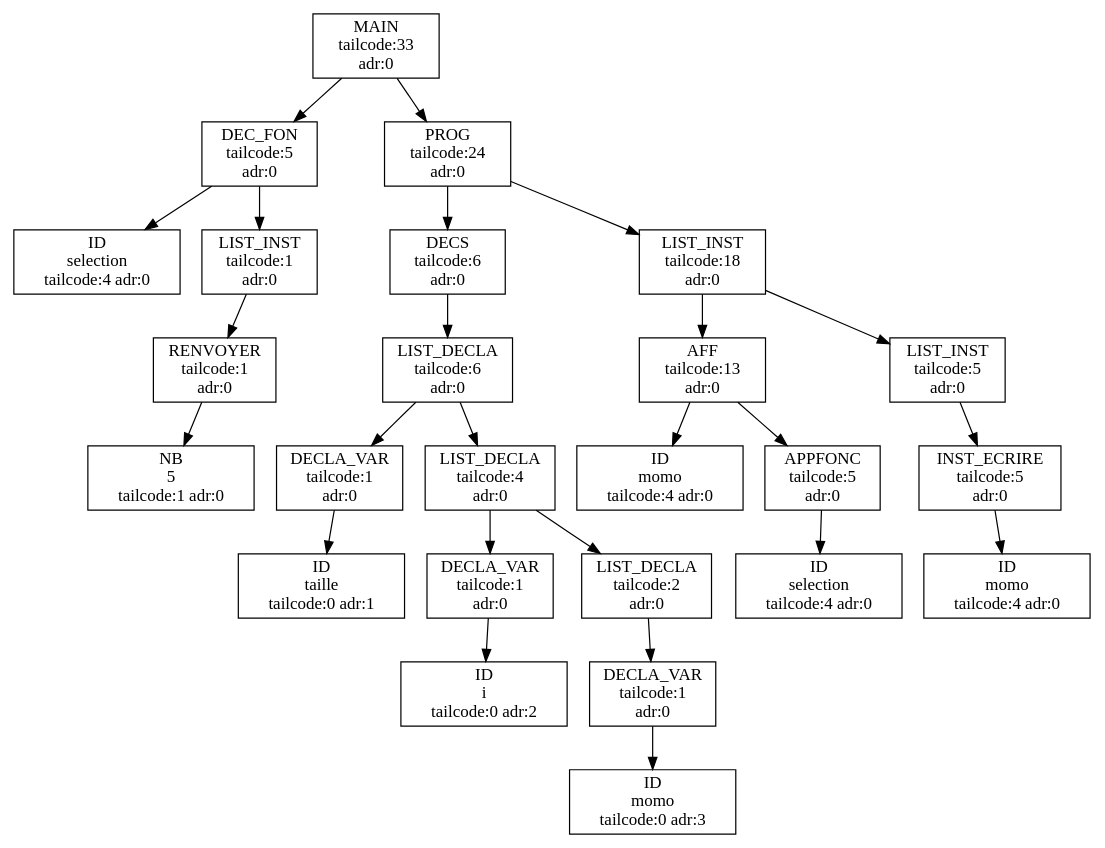
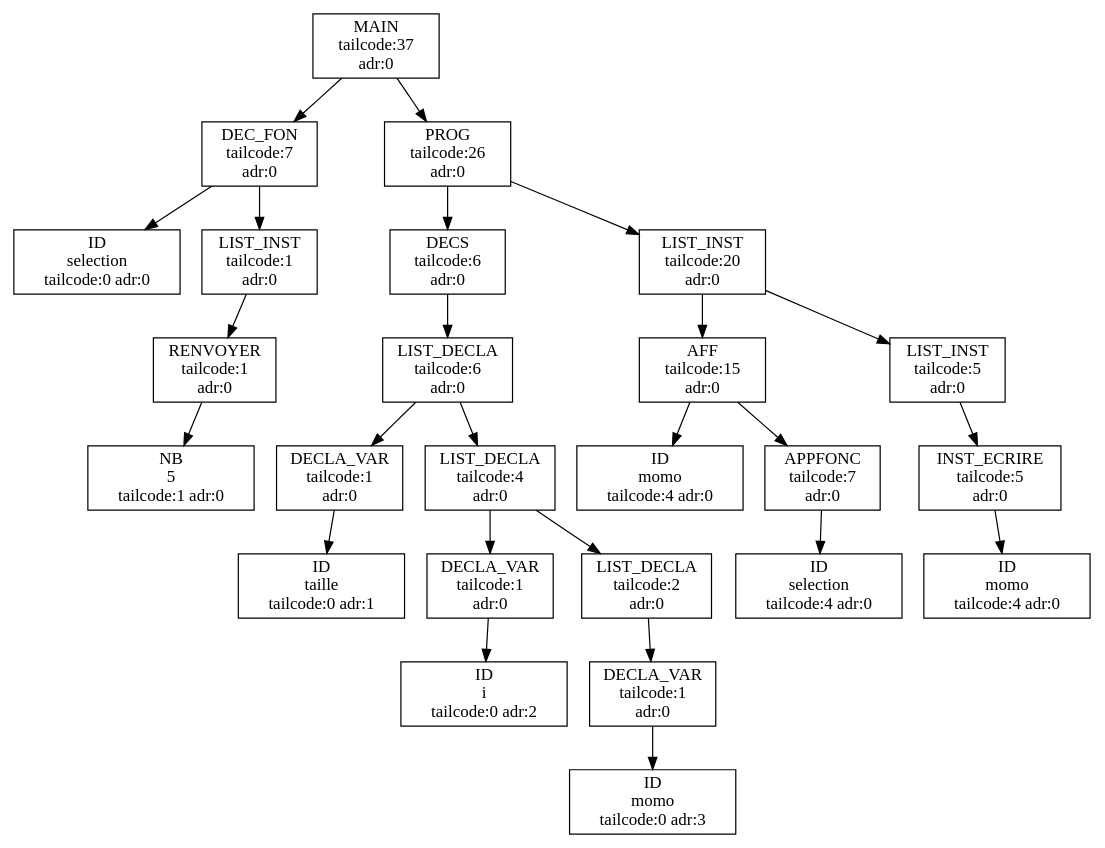
Before and after one commit to aswailem195/Projet-ARC--Algo-RAM-Compiler--20231213: the diagram in out/output.dot, drawn with Graphviz. The commit also changed 14 other files, not shown here.

```diff
--- a/out/output.dot
+++ b/out/output.dot
@@ -1,93 +1,93 @@
 digraph ASA {
-node0x559357de8cf0 [label="MAIN
- tailcode:33 
+node0x558425d9ccf0 [label="MAIN
+ tailcode:37 
  adr:0 \n", shape=box];
-node0x559357de8cf0 -> node0x559357de87b0;
-node0x559357de87b0 [label="DEC_FON
+node0x558425d9ccf0 -> node0x558425d9c7b0;
+node0x558425d9c7b0 [label="DEC_FON
+ tailcode:7 
+ adr:0 \n", shape=box];
+node0x558425d9c7b0 -> node0x558425d9c7f0;
+node0x558425d9c7f0 [label="ID\nselection
+ tailcode:0 adr:0 \n", shape=box];
+node0x558425d9c7b0 -> node0x558425d9c770;
+node0x558425d9c770 [label="LIST_INST
+ tailcode:1 
+ adr:0 \n", shape=box];
+node0x558425d9c770 -> node0x558425d9c730;
+node0x558425d9c730 [label="RENVOYER
+ tailcode:1 
+ adr:0 \n", shape=box];
+node0x558425d9c730 -> node0x558425d9c6f0;
+node0x558425d9c6f0 [label="NB\n5 
+ tailcode:1 adr:0 \n", shape=box];
+node0x558425d9ccf0 -> node0x558425d9ccb0;
+node0x558425d9ccb0 [label="PROG
+ tailcode:26 
+ adr:0 \n", shape=box];
+node0x558425d9ccb0 -> node0x558425d9ca70;
+node0x558425d9ca70 [label="DECS
+ tailcode:6 
+ adr:0 \n", shape=box];
+node0x558425d9ca70 -> node0x558425d9ca30;
+node0x558425d9ca30 [label="LIST_DECLA
+ tailcode:6 
+ adr:0 \n", shape=box];
+node0x558425d9ca30 -> node0x558425d9c830;
+node0x558425d9c830 [label="DECLA_VAR
+ tailcode:1 
+ adr:0 \n", shape=box];
+node0x558425d9c830 -> node0x558425d9c870;
+node0x558425d9c870 [label="ID\ntaille
+ tailcode:0 adr:1 \n", shape=box];
+node0x558425d9ca30 -> node0x558425d9c9f0;
+node0x558425d9c9f0 [label="LIST_DECLA
+ tailcode:4 
+ adr:0 \n", shape=box];
+node0x558425d9c9f0 -> node0x558425d9c8b0;
+node0x558425d9c8b0 [label="DECLA_VAR
+ tailcode:1 
+ adr:0 \n", shape=box];
+node0x558425d9c8b0 -> node0x558425d9c8f0;
+node0x558425d9c8f0 [label="ID\ni
+ tailcode:0 adr:2 \n", shape=box];
+node0x558425d9c9f0 -> node0x558425d9c9b0;
+node0x558425d9c9b0 [label="LIST_DECLA
+ tailcode:2 
+ adr:0 \n", shape=box];
+node0x558425d9c9b0 -> node0x558425d9c930;
+node0x558425d9c930 [label="DECLA_VAR
+ tailcode:1 
+ adr:0 \n", shape=box];
+node0x558425d9c930 -> node0x558425d9c970;
+node0x558425d9c970 [label="ID\nmomo
+ tailcode:0 adr:3 \n", shape=box];
+node0x558425d9ccb0 -> node0x558425d9cc70;
+node0x558425d9cc70 [label="LIST_INST
+ tailcode:20 
+ adr:0 \n", shape=box];
+node0x558425d9cc70 -> node0x558425d9cb30;
+node0x558425d9cb30 [label="AFF
+ tailcode:15 
+ adr:0 \n", shape=box];
+node0x558425d9cb30 -> node0x558425d9cb70;
+node0x558425d9cb70 [label="ID\nmomo
+ tailcode:4 adr:0 \n", shape=box];
+node0x558425d9cb30 -> node0x558425d9cab0;
+node0x558425d9cab0 [label="APPFONC
+ tailcode:7 
+ adr:0 \n", shape=box];
+node0x558425d9cab0 -> node0x558425d9caf0;
+node0x558425d9caf0 [label="ID\nselection
+ tailcode:4 adr:0 \n", shape=box];
+node0x558425d9cc70 -> node0x558425d9cc30;
+node0x558425d9cc30 [label="LIST_INST
  tailcode:5 
  adr:0 \n", shape=box];
-node0x559357de87b0 -> node0x559357de87f0;
-node0x559357de87f0 [label="ID\nselection
- tailcode:4 adr:0 \n", shape=box];
-node0x559357de87b0 -> node0x559357de8770;
-node0x559357de8770 [label="LIST_INST
- tailcode:1 
- adr:0 \n", shape=box];
-node0x559357de8770 -> node0x559357de8730;
-node0x559357de8730 [label="RENVOYER
- tailcode:1 
- adr:0 \n", shape=box];
-node0x559357de8730 -> node0x559357de86f0;
-node0x559357de86f0 [label="NB\n5 
- tailcode:1 adr:0 \n", shape=box];
-node0x559357de8cf0 -> node0x559357de8cb0;
-node0x559357de8cb0 [label="PROG
- tailcode:24 
- adr:0 \n", shape=box];
-node0x559357de8cb0 -> node0x559357de8a70;
-node0x559357de8a70 [label="DECS
- tailcode:6 
- adr:0 \n", shape=box];
-node0x559357de8a70 -> node0x559357de8a30;
-node0x559357de8a30 [label="LIST_DECLA
- tailcode:6 
- adr:0 \n", shape=box];
-node0x559357de8a30 -> node0x559357de8830;
-node0x559357de8830 [label="DECLA_VAR
- tailcode:1 
- adr:0 \n", shape=box];
-node0x559357de8830 -> node0x559357de8870;
-node0x559357de8870 [label="ID\ntaille
- tailcode:0 adr:1 \n", shape=box];
-node0x559357de8a30 -> node0x559357de89f0;
-node0x559357de89f0 [label="LIST_DECLA
- tailcode:4 
- adr:0 \n", shape=box];
-node0x559357de89f0 -> node0x559357de88b0;
-node0x559357de88b0 [label="DECLA_VAR
- tailcode:1 
- adr:0 \n", shape=box];
-node0x559357de88b0 -> node0x559357de88f0;
-node0x559357de88f0 [label="ID\ni
- tailcode:0 adr:2 \n", shape=box];
-node0x559357de89f0 -> node0x559357de89b0;
-node0x559357de89b0 [label="LIST_DECLA
- tailcode:2 
- adr:0 \n", shape=box];
-node0x559357de89b0 -> node0x559357de8930;
-node0x559357de8930 [label="DECLA_VAR
- tailcode:1 
- adr:0 \n", shape=box];
-node0x559357de8930 -> node0x559357de8970;
-node0x559357de8970 [label="ID\nmomo
- tailcode:0 adr:3 \n", shape=box];
-node0x559357de8cb0 -> node0x559357de8c70;
-node0x559357de8c70 [label="LIST_INST
- tailcode:18 
- adr:0 \n", shape=box];
-node0x559357de8c70 -> node0x559357de8b30;
-node0x559357de8b30 [label="AFF
- tailcode:13 
- adr:0 \n", shape=box];
-node0x559357de8b30 -> node0x559357de8b70;
-node0x559357de8b70 [label="ID\nmomo
- tailcode:4 adr:0 \n", shape=box];
-node0x559357de8b30 -> node0x559357de8ab0;
-node0x559357de8ab0 [label="APPFONC
+node0x558425d9cc30 -> node0x558425d9cbf0;
+node0x558425d9cbf0 [label="INST_ECRIRE
  tailcode:5 
  adr:0 \n", shape=box];
-node0x559357de8ab0 -> node0x559357de8af0;
-node0x559357de8af0 [label="ID\nselection
- tailcode:4 adr:0 \n", shape=box];
-node0x559357de8c70 -> node0x559357de8c30;
-node0x559357de8c30 [label="LIST_INST
- tailcode:5 
- adr:0 \n", shape=box];
-node0x559357de8c30 -> node0x559357de8bf0;
-node0x559357de8bf0 [label="INST_ECRIRE
- tailcode:5 
- adr:0 \n", shape=box];
-node0x559357de8bf0 -> node0x559357de8bb0;
-node0x559357de8bb0 [label="ID\nmomo
+node0x558425d9cbf0 -> node0x558425d9cbb0;
+node0x558425d9cbb0 [label="ID\nmomo
  tailcode:4 adr:0 \n", shape=box];
 }
```
